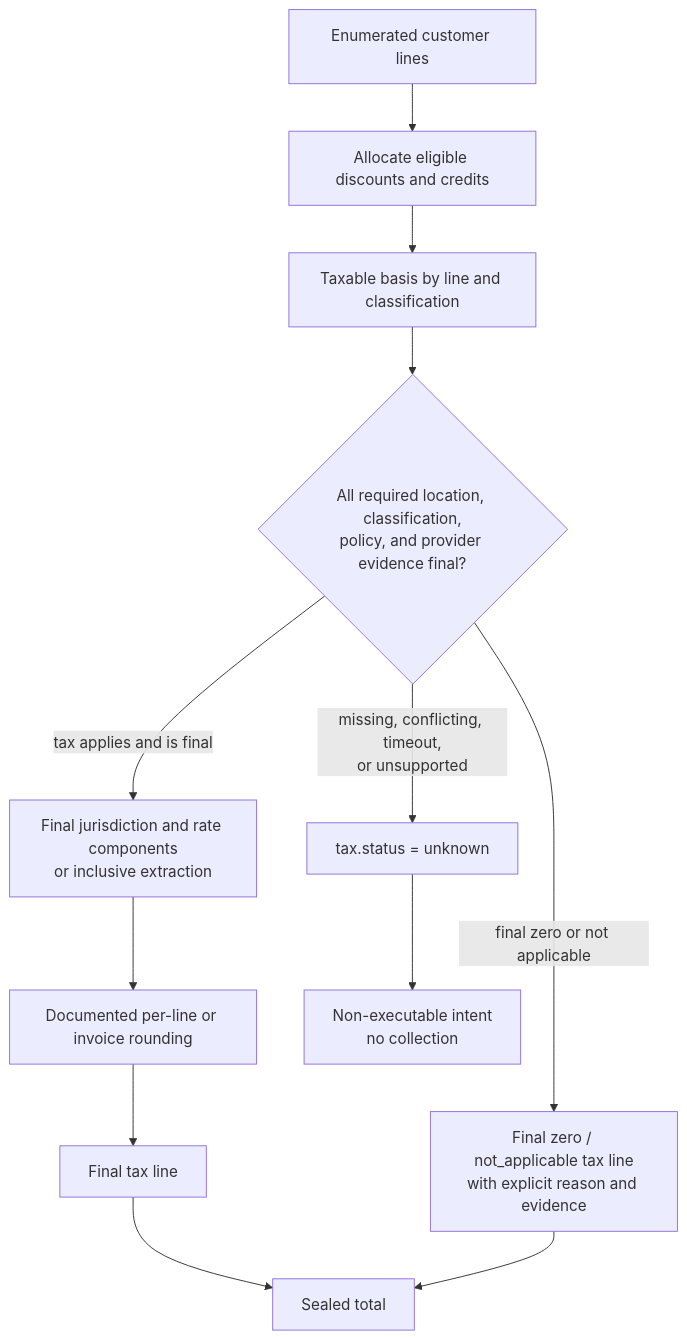
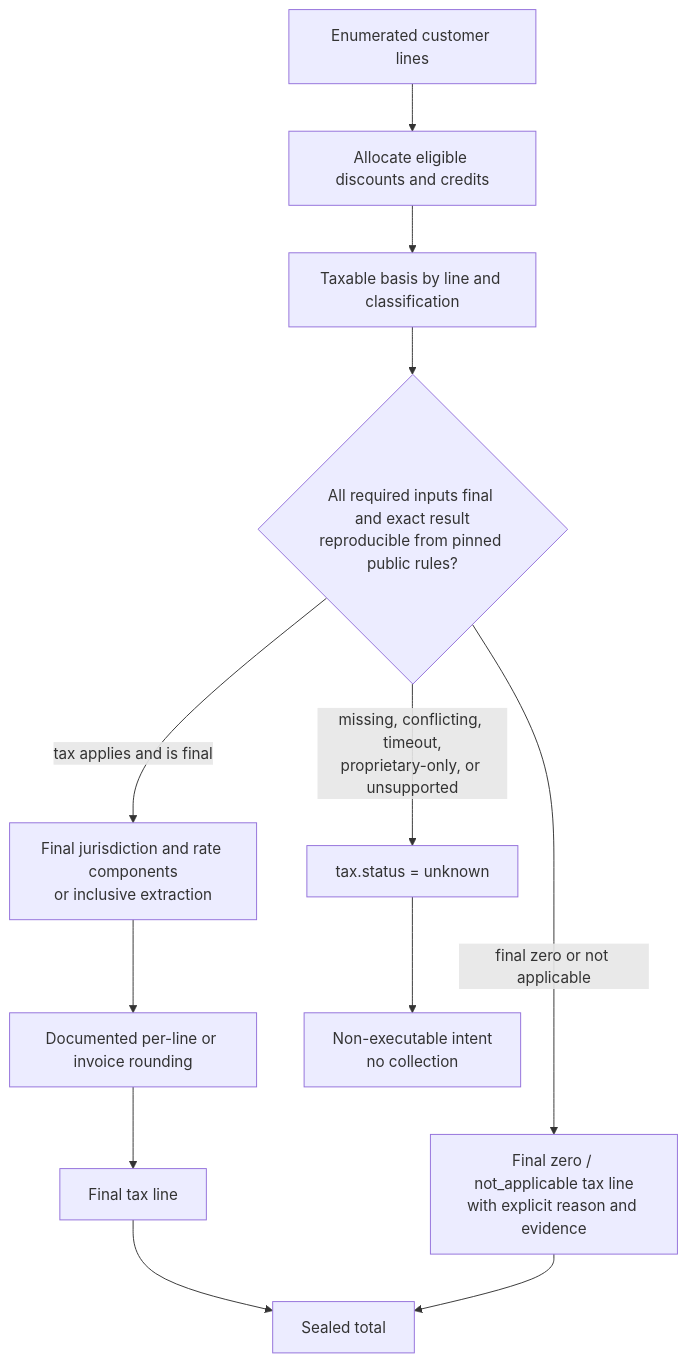
Before and after one commit to mirrorstack-ai/billing-engine: the diagram in docs/TAX.md, drawn with Mermaid. The commit also changed other lines of this file and 8 other files, not shown here.

Commit message:
docs: harden intent-only billing architecture

````diff
--- a/docs/TAX.md
+++ b/docs/TAX.md
@@ -120,19 +209,19 @@
 ```mermaid
 flowchart TD
     Lines["Enumerated customer lines"]
     Credits["Allocate eligible discounts and credits"]
     Basis["Taxable basis by line and classification"]
-    Evidence{"All required location, classification,<br/>policy, and provider evidence final?"}
+    Evidence{"All required inputs final and exact result<br/>reproducible from pinned public rules?"}
     Rates["Final jurisdiction and rate components<br/>or inclusive extraction"]
     Rounding["Documented per-line or invoice rounding"]
     Tax["Final tax line"]
     Zero["Final zero / not_applicable tax line<br/>with explicit reason and evidence"]
     Unknown["tax.status = unknown"]
     Blocked["Non-executable intent<br/>no collection"]
     Total["Sealed total"]
 
     Lines --> Credits --> Basis --> Evidence
     Evidence -->|tax applies and is final| Rates --> Rounding --> Tax --> Total
     Evidence -->|final zero or not applicable| Zero --> Total
-    Evidence -->|missing, conflicting, timeout,<br/>or unsupported| Unknown --> Blocked
+    Evidence -->|missing, conflicting, timeout,<br/>proprietary-only, or unsupported| Unknown --> Blocked
 ```
````
